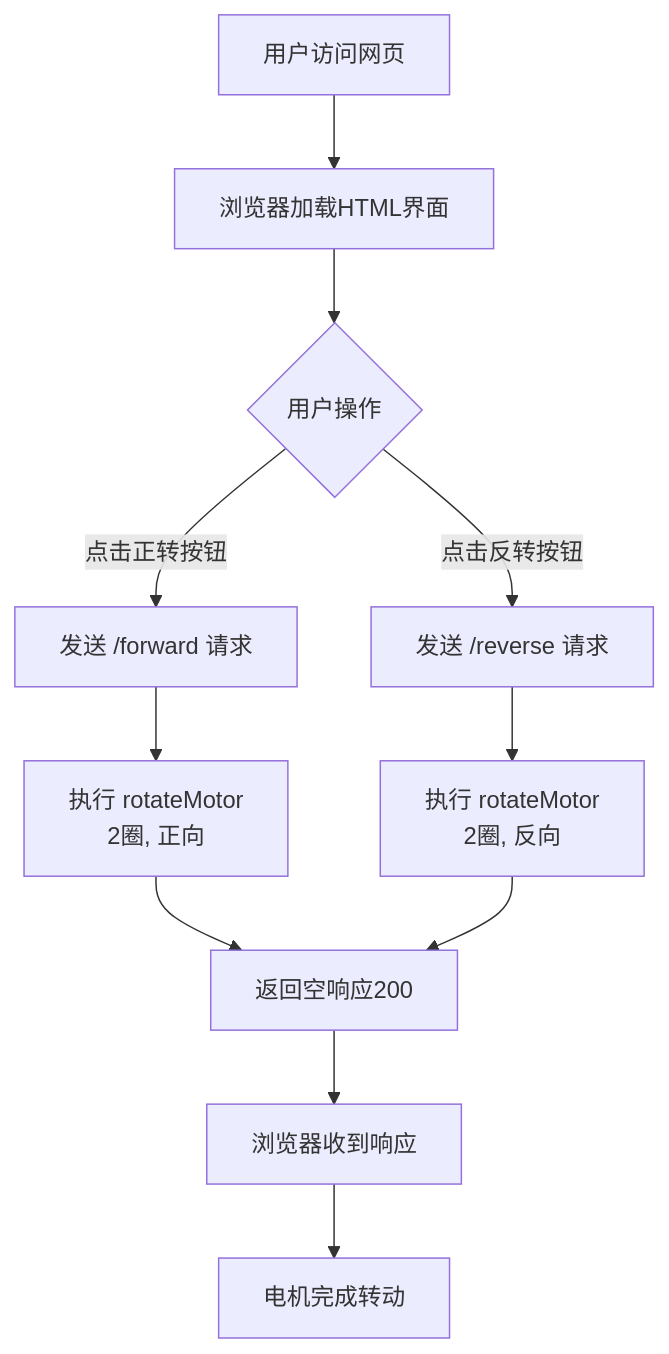
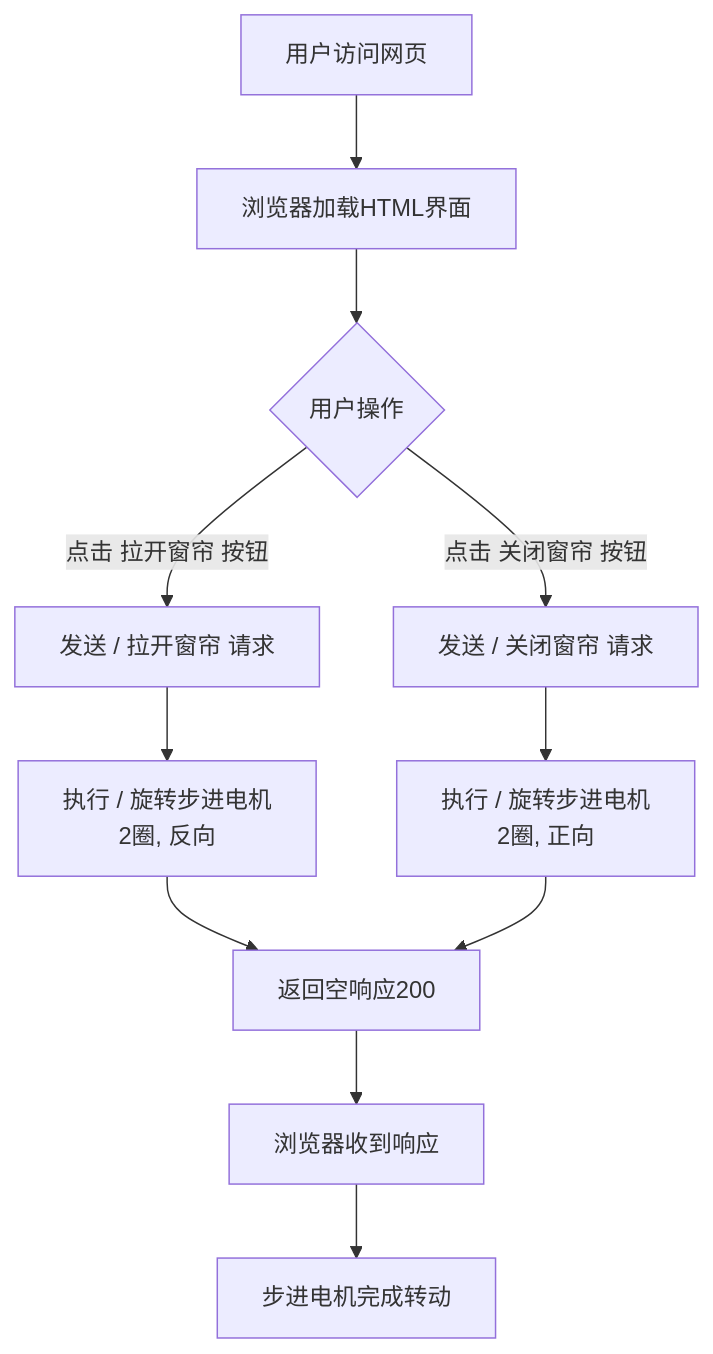
One commit to keyeswiki/KE3107-ESP32 changed the diagram in docs/4. Arduino教程/4.3 课程/课程17.md. Above: the diagram before and after it, drawn with Mermaid. The commit also changed other lines of this file and 1255 other files, not shown here.

````diff
--- a/docs/4. Arduino教程/4.3 课程/课程17.md
+++ b/docs/4. Arduino教程/4.3 课程/课程17.md
@@ -27,15 +27,15 @@
 ```mermaid
 flowchart TD
     A[用户访问网页] --> B[浏览器加载HTML界面]
     B --> C{用户操作}
-    C -->|点击正转按钮| D[发送 /forward 请求]
-    C -->|点击反转按钮| E[发送 /reverse 请求]    
+    C -->|点击 拉开窗帘 按钮| D[发送 / 拉开窗帘 请求]
+    C -->|点击 关闭窗帘 按钮| E[发送 / 关闭窗帘 请求]    
        
-        D --> F[执行 rotateMotor\n2圈, 正向]
-        E --> G[执行 rotateMotor\n2圈, 反向]
+        D --> F[执行 / 旋转步进电机\n2圈, 反向]
+        E --> G[执行 / 旋转步进电机\n2圈, 正向]
         F --> H[返回空响应200]
         G --> H
     
     H --> I[浏览器收到响应]
-    I --> J[电机完成转动]
+    I --> J[步进电机完成转动]
 ```
````
